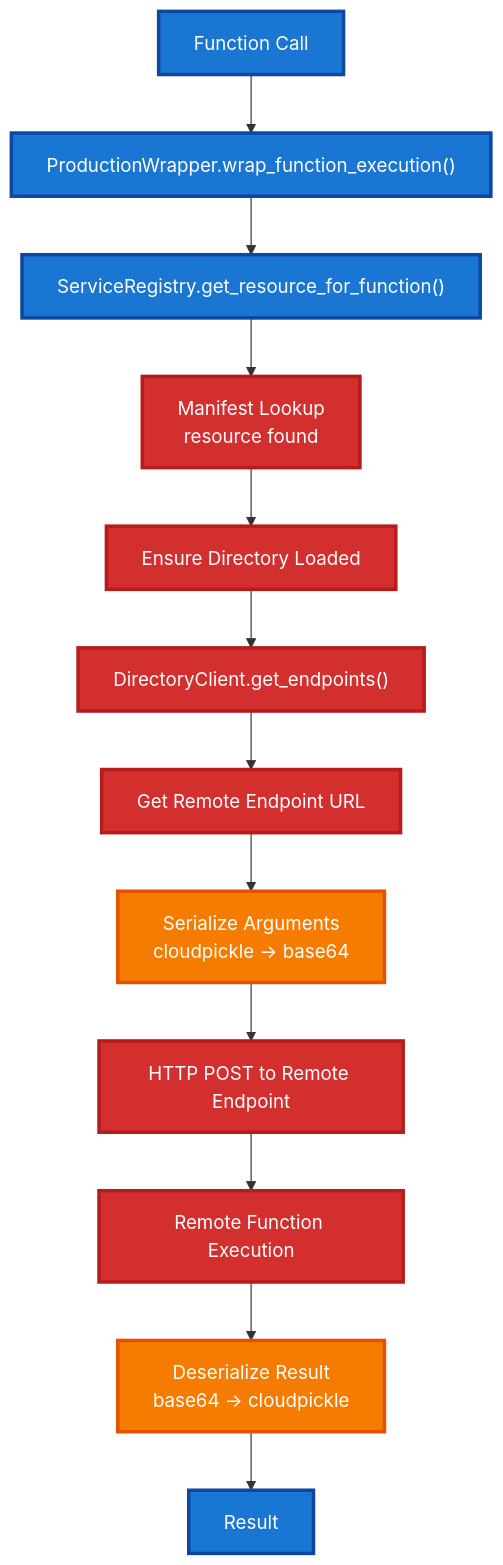
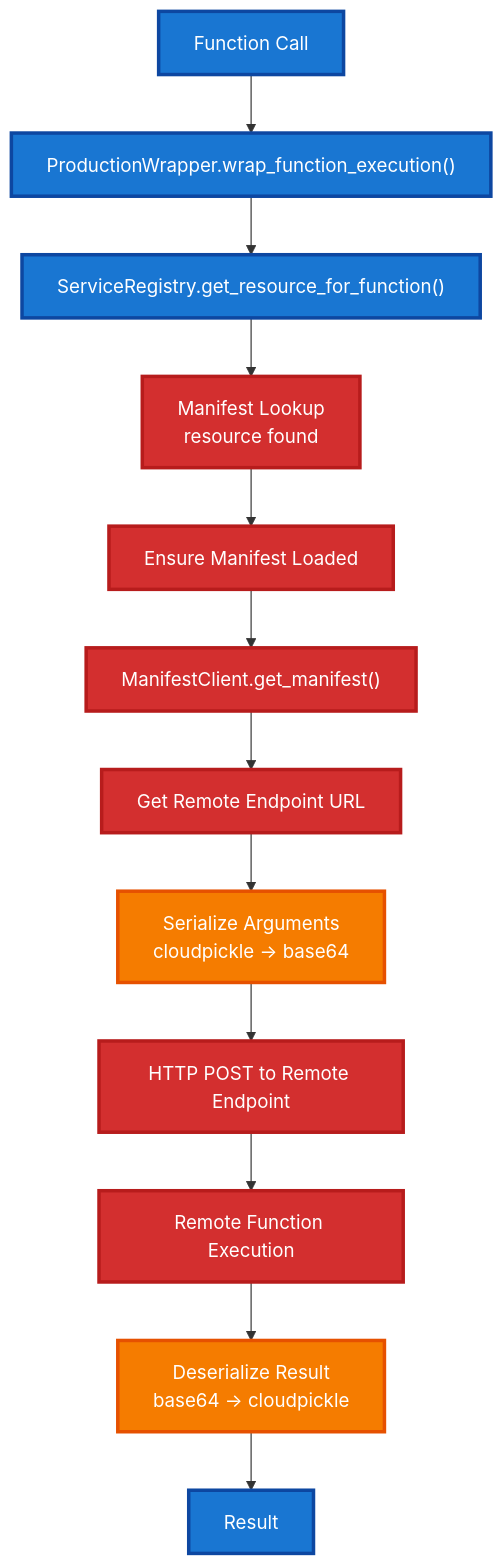
One commit to runpod/tetra-rp changed the third of 4 diagrams in docs/Cross_Endpoint_Routing.md. Above: the diagram before and after it, drawn with Mermaid. The commit also changed other lines of this file and 10 other files, not shown here.

First line of the commit message:
refactor: rename directory terminology to manifest throughout codebase

````diff
--- a/docs/Cross_Endpoint_Routing.md
+++ b/docs/Cross_Endpoint_Routing.md
@@ -668,40 +667,40 @@
 ```mermaid
 flowchart TD
     A["Function Call"]
     B["ProductionWrapper.wrap_function_execution()"]
     C["ServiceRegistry.get_resource_for_function()"]
     D["Manifest Lookup<br/>resource found"]
-    E["Ensure Directory Loaded"]
-    F["DirectoryClient.get_endpoints()"]
+    E["Ensure Manifest Loaded"]
+    F["ManifestClient.get_manifest()"]
     G["Get Remote Endpoint URL"]
     H["Serialize Arguments<br/>cloudpickle → base64"]
     I["HTTP POST to Remote Endpoint"]
     J["Remote Function Execution"]
     K["Deserialize Result<br/>base64 → cloudpickle"]
     L["Result"]
 
     A --> B
     B --> C
     C --> D
     D --> E
     E --> F
     F --> G
     G --> H
     H --> I
     I --> J
     J --> K
     K --> L
 
     style A fill:#1976d2,stroke:#0d47a1,stroke-width:3px,color:#fff
     style B fill:#1976d2,stroke:#0d47a1,stroke-width:3px,color:#fff
     style C fill:#1976d2,stroke:#0d47a1,stroke-width:3px,color:#fff
     style D fill:#d32f2f,stroke:#b71c1c,stroke-width:3px,color:#fff
     style E fill:#d32f2f,stroke:#b71c1c,stroke-width:3px,color:#fff
     style F fill:#d32f2f,stroke:#b71c1c,stroke-width:3px,color:#fff
     style G fill:#d32f2f,stroke:#b71c1c,stroke-width:3px,color:#fff
     style H fill:#f57c00,stroke:#e65100,stroke-width:3px,color:#fff
     style I fill:#d32f2f,stroke:#b71c1c,stroke-width:3px,color:#fff
     style J fill:#d32f2f,stroke:#b71c1c,stroke-width:3px,color:#fff
     style K fill:#f57c00,stroke:#e65100,stroke-width:3px,color:#fff
     style L fill:#1976d2,stroke:#0d47a1,stroke-width:3px,color:#fff
 ```
````
